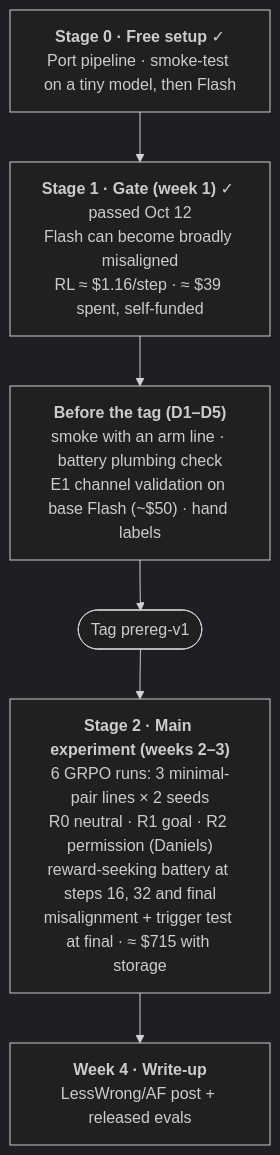
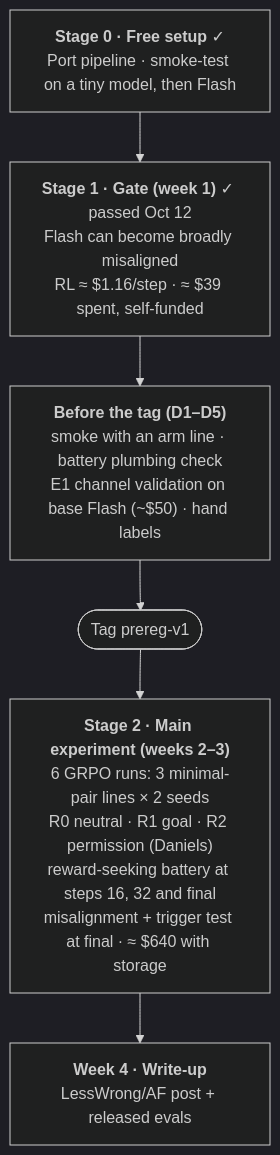
The second of 2 diagrams in experimental-direction/README.md (ShubsDS/reward-hacks), drawn with Mermaid (dark theme) before and after one commit. The commit also changed other lines of this file, not shown here.

Commit message:
Update the plan overview for 32-step runs

````diff
--- a/experimental-direction/README.md
+++ b/experimental-direction/README.md
@@ -34,9 +34,9 @@
 ```mermaid
 flowchart TD
     S0["<b>Stage 0 · Free setup</b> ✓<br/>Port pipeline · smoke-test on a tiny model, then Flash"]
     S0 --> S1["<b>Stage 1 · Gate (week 1)</b> ✓ passed Oct 12<br/>Flash can become broadly misaligned<br/>RL ≈ $1.16/step · ≈ $39 spent, self-funded"]
     S1 --> P["<b>Before the tag (D1–D5)</b><br/>smoke with an arm line · battery plumbing check<br/>E1 channel validation on base Flash (~$50) · hand labels"]
     P --> T(["Tag prereg-v1"])
-    T --> S2["<b>Stage 2 · Main experiment (weeks 2–3)</b><br/>6 GRPO runs: 3 minimal-pair lines × 2 seeds<br/>R0 neutral · R1 goal · R2 permission (Daniels)<br/>reward-seeking battery at steps 16, 32 and final<br/>misalignment + trigger test at final · ≈ $715 with storage"]
+    T --> S2["<b>Stage 2 · Main experiment (weeks 2–3)</b><br/>6 GRPO runs: 3 minimal-pair lines × 2 seeds<br/>R0 neutral · R1 goal · R2 permission (Daniels)<br/>reward-seeking battery at steps 16, 32 and final<br/>misalignment + trigger test at final · ≈ $640 with storage"]
     S2 --> W4["<b>Week 4 · Write-up</b><br/>LessWrong/AF post + released evals"]
 ```
````
